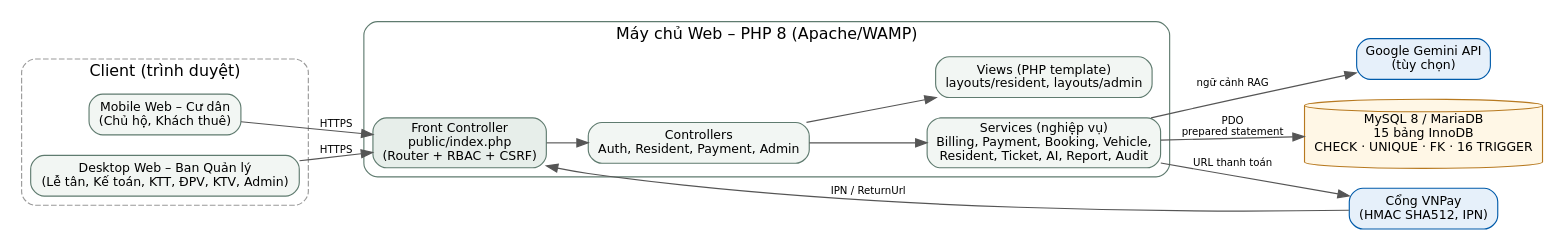
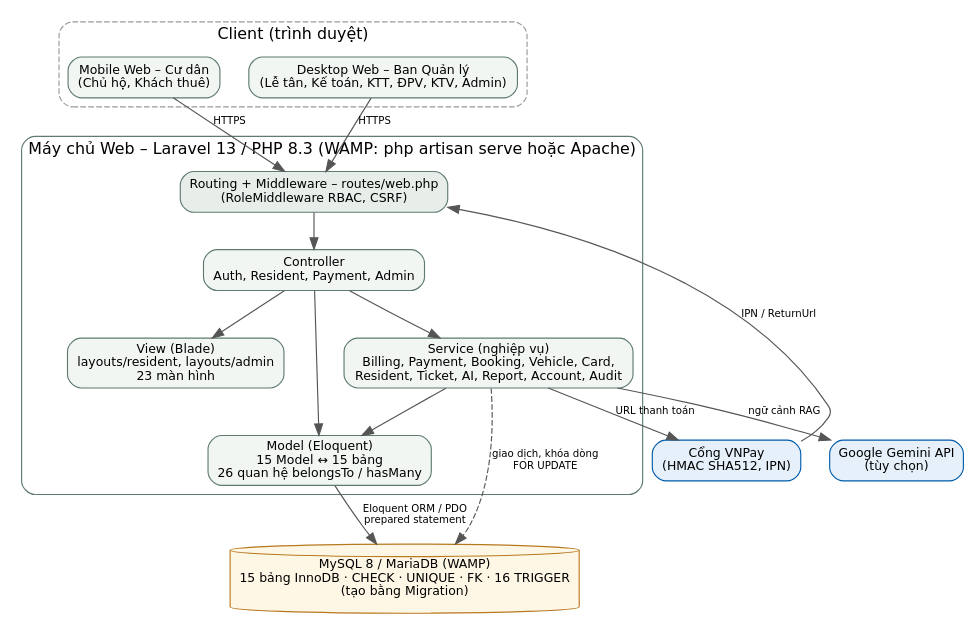
One commit to Wnthv/He-thong-chung-cu-thong-minh-MOONS changed the diagram in docs/diagrams/kien_truc.dot. Above: the diagram before and after it, drawn with Graphviz. The commit also changed 171 other files, not shown here.

Commit message:
Chuyen he thong Moons sang Laravel 13: Model - View - Controller, migration khop thiet ke CSDL

```diff
--- a/docs/diagrams/kien_truc.dot
+++ b/docs/diagrams/kien_truc.dot
@@ -1,11 +1,17 @@
-digraph G { rankdir=LR; fontname="DejaVu Sans"; node[fontname="DejaVu Sans",fontsize=11,shape=box,style="rounded,filled",fillcolor="#F2F6F3",color="#5F7B6F"]; edge[fontname="DejaVu Sans",fontsize=9,color="#555555"];
+digraph G { rankdir=TB; newrank=true; nodesep=0.35; ranksep=0.45; fontname="DejaVu Sans"; node[fontname="DejaVu Sans",fontsize=11,shape=box,style="rounded,filled",fillcolor="#F2F6F3",color="#5F7B6F"]; edge[fontname="DejaVu Sans",fontsize=9,color="#555555"];
 subgraph cluster_c {label="Client (trình duyệt)";style="rounded,dashed";color="#999999";fontname="DejaVu Sans";
  m[label="Mobile Web – Cư dân\n(Chủ hộ, Khách thuê)"]; d[label="Desktop Web – Ban Quản lý\n(Lễ tân, Kế toán, KTT, ĐPV, KTV, Admin)"];}
-subgraph cluster_s {label="Máy chủ Web – PHP 8 (Apache/WAMP)";style="rounded";color="#5F7B6F";fontname="DejaVu Sans";
- fc[label="Front Controller\npublic/index.php\n(Router + RBAC + CSRF)",fillcolor="#E7EEEA"];
- c[label="Controllers\nAuth, Resident, Payment, Admin"]; s[label="Services (nghiệp vụ)\nBilling, Payment, Booking, Vehicle,\nResident, Ticket, AI, Report, Audit"];
- v[label="Views (PHP template)\nlayouts/resident, layouts/admin"]; fc->c; c->s; c->v; }
-db[label="MySQL 8 / MariaDB\n15 bảng InnoDB\nCHECK · UNIQUE · FK · 16 TRIGGER",shape=cylinder,fillcolor="#FFF7E6",color="#B7791F"];
+subgraph cluster_s {label="Máy chủ Web – Laravel 13 / PHP 8.3 (WAMP: php artisan serve hoặc Apache)";style="rounded";color="#5F7B6F";fontname="DejaVu Sans";
+ r[label="Routing + Middleware – routes/web.php\n(RoleMiddleware RBAC, CSRF)",fillcolor="#E7EEEA"];
+ c[label="Controller\nAuth, Resident, Payment, Admin"];
+ v[label="View (Blade)\nlayouts/resident, layouts/admin\n23 màn hình"];
+ s[label="Service (nghiệp vụ)\nBilling, Payment, Booking, Vehicle, Card,\nResident, Ticket, AI, Report, Account, Audit"];
+ md[label="Model (Eloquent)\n15 Model ↔ 15 bảng\n26 quan hệ belongsTo / hasMany"];
+ r->c; c->v; c->s; c->md; s->md;
+ {rank=same; v; s;} }
+db[label="MySQL 8 / MariaDB (WAMP)\n15 bảng InnoDB · CHECK · UNIQUE · FK · 16 TRIGGER\n(tạo bằng Migration)",shape=cylinder,fillcolor="#FFF7E6",color="#B7791F"];
 vn[label="Cổng VNPay\n(HMAC SHA512, IPN)",fillcolor="#E6F0FA",color="#005BAA"]; gm[label="Google Gemini API\n(tùy chọn)",fillcolor="#E6F0FA",color="#005BAA"];
-m->fc[label="HTTPS"]; d->fc[label="HTTPS"]; s->db[label="PDO\nprepared statement"]; s->vn[label="URL thanh toán"]; vn->fc[label="IPN / ReturnUrl"]; s->gm[label="ngữ cảnh RAG"];
+m->r[label="HTTPS"]; d->r[label="HTTPS"]; md->db[label="Eloquent ORM / PDO\nprepared statement"]; s->db[label="giao dịch, khóa dòng\nFOR UPDATE",style=dashed];
+s->vn[label="URL thanh toán"]; vn->r[label="IPN / ReturnUrl",constraint=false]; s->gm[label="ngữ cảnh RAG"];
+{rank=same; md; vn; gm;}
 }
```
